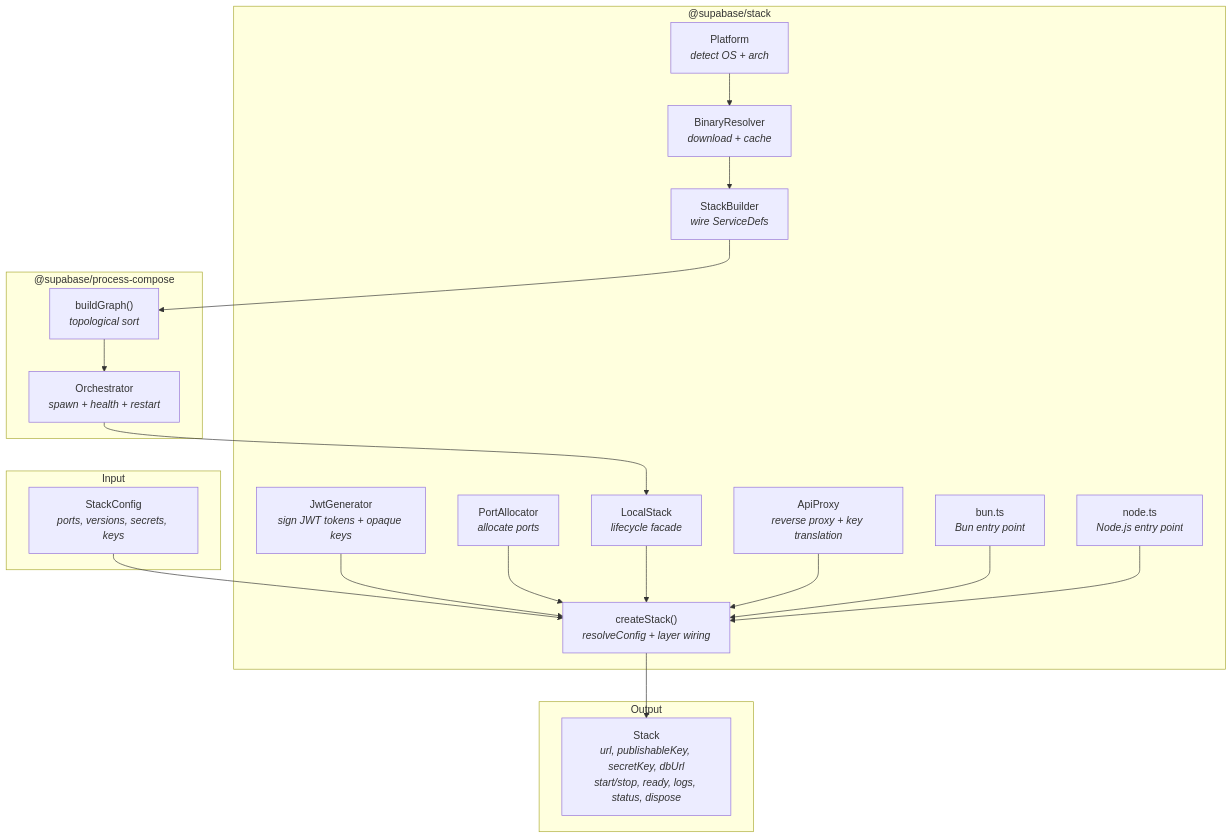
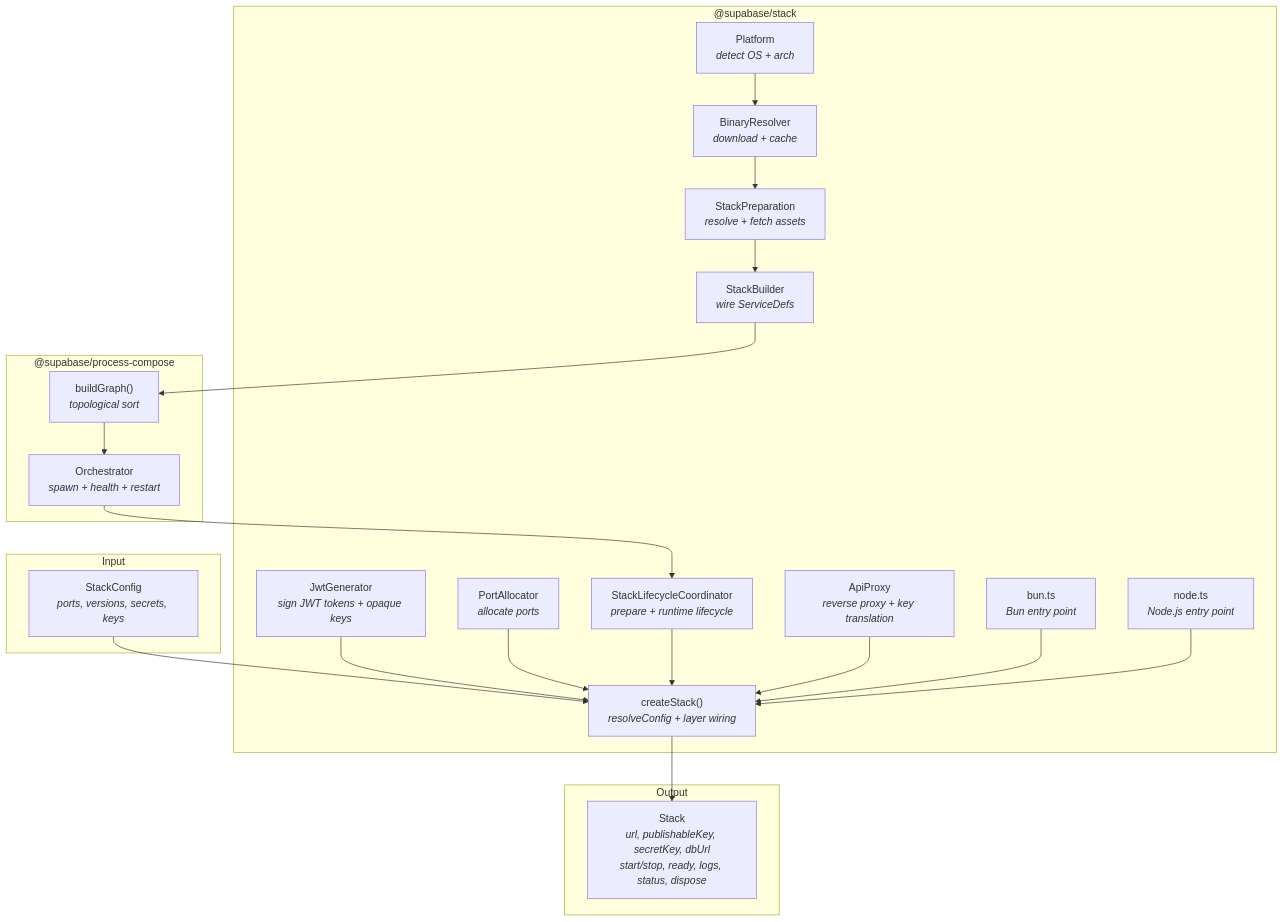
The first of 9 diagrams in packages/stack/docs/architecture.md (supabase/cli), drawn with Mermaid before and after one commit. The commit also changed other lines of this file and 139 other files, not shown here.

````diff
--- a/packages/stack/docs/architecture.md
+++ b/packages/stack/docs/architecture.md
@@ -34,42 +34,44 @@
 ```mermaid
 graph TB
     subgraph Input
         SC["StackConfig<br/><i>ports, versions, secrets, keys</i>"]
     end
 
     subgraph "@supabase/stack"
         PLT["Platform<br/><i>detect OS + arch</i>"]
         BR["BinaryResolver<br/><i>download + cache</i>"]
+        PREP["StackPreparation<br/><i>resolve + fetch assets</i>"]
         JG["JwtGenerator<br/><i>sign JWT tokens + opaque keys</i>"]
         PA["PortAllocator<br/><i>allocate ports</i>"]
         AP["ApiProxy<br/><i>reverse proxy + key translation</i>"]
         SB["StackBuilder<br/><i>wire ServiceDefs</i>"]
-        LS["LocalStack<br/><i>lifecycle facade</i>"]
+        LC["StackLifecycleCoordinator<br/><i>prepare + runtime lifecycle</i>"]
         CS["createStack()<br/><i>resolveConfig + layer wiring</i>"]
         BUN["bun.ts<br/><i>Bun entry point</i>"]
         NODE["node.ts<br/><i>Node.js entry point</i>"]
     end
 
     subgraph "@supabase/process-compose"
         BG["buildGraph()<br/><i>topological sort</i>"]
         ORC["Orchestrator<br/><i>spawn + health + restart</i>"]
     end
 
     subgraph Output
         SI["Stack<br/><i>url, publishableKey, secretKey, dbUrl<br/>start/stop, ready, logs, status, dispose</i>"]
     end
 
     SC --> CS
     PLT --> BR
-    BR --> SB
+    BR --> PREP
+    PREP --> SB
     JG --> CS
     PA --> CS
     SB --> BG
     BG --> ORC
-    ORC --> LS
-    LS --> CS
+    ORC --> LC
+    LC --> CS
     AP --> CS
     BUN --> CS
     NODE --> CS
     CS --> SI
 ```
````
